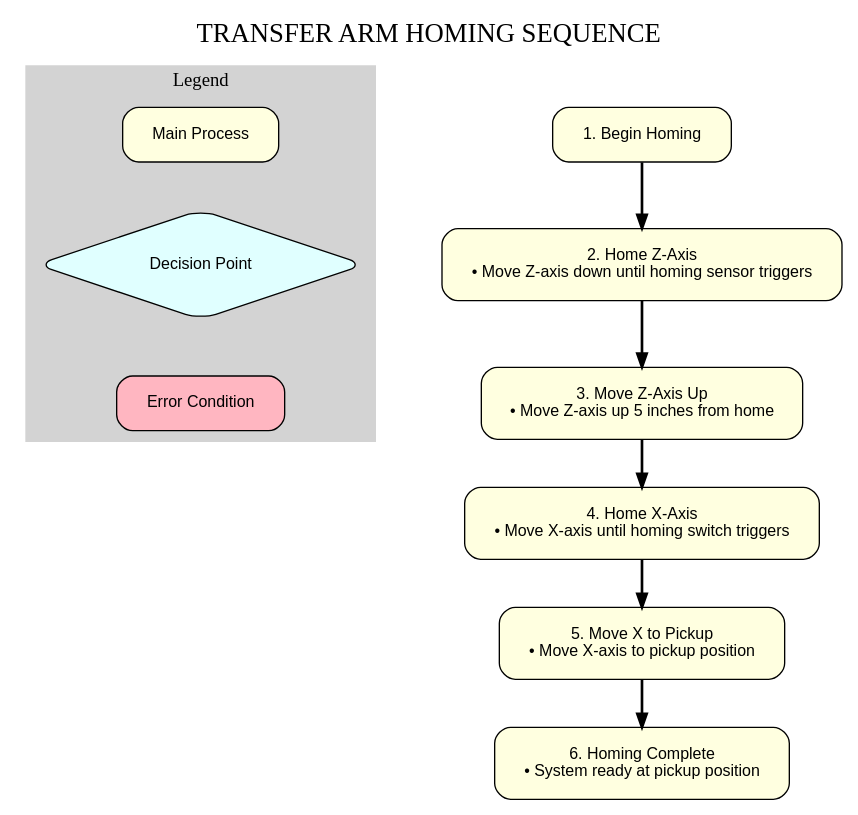
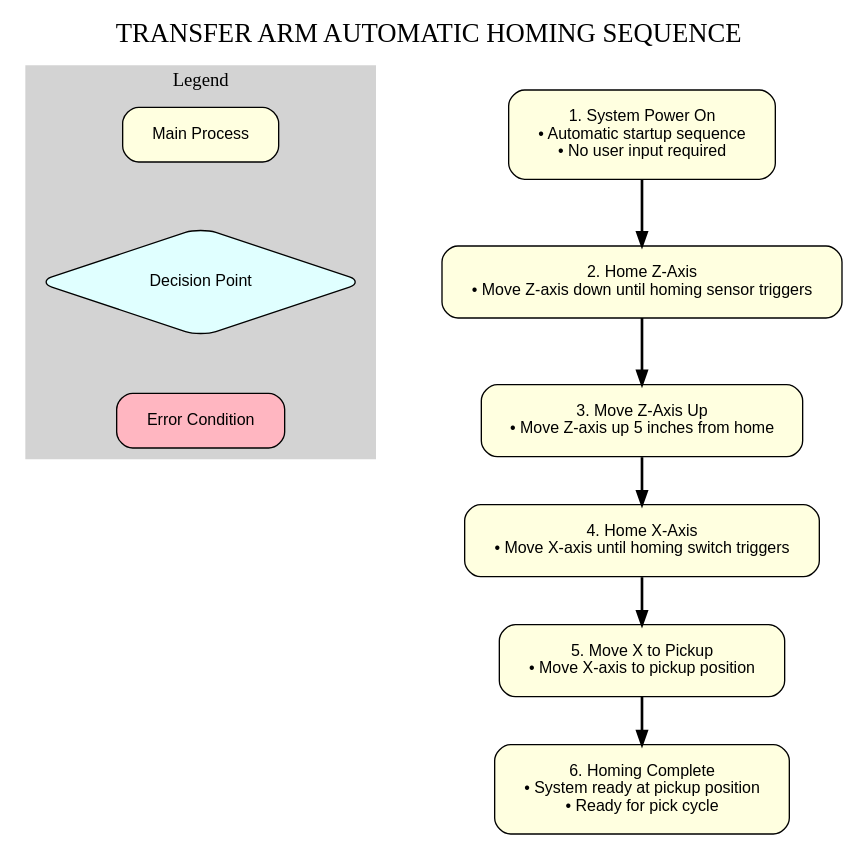
The diagram in homing_flowchart.dot (akivaweil/Transfer-Arm-TA-Mar25), drawn with Graphviz before and after one commit. The commit also changed 11 other files, not shown here.

Commit message:
Reorganized code into modular structure with separate files for constants, homing, utilities, and pick cycle

```diff
--- a/homing_flowchart.dot
+++ b/homing_flowchart.dot
@@ -1,47 +1,47 @@
 digraph "Transfer_Arm_Homing_Flow" {
     // Graph settings
     graph [fontname="Arial", ranksep=0.5, nodesep=0.8, splines=true];
     node [fontname="Arial", fontsize=12, style="filled,rounded", shape=box, margin="0.3,0.2"];
     edge [fontname="Arial", fontsize=10, penwidth=2];
     
     // Title
     labelloc="t";
-    label="TRANSFER ARM HOMING SEQUENCE";
+    label="TRANSFER ARM AUTOMATIC HOMING SEQUENCE";
     fontsize=20;
     fontname="Arial Bold";
     
     // Legend
     subgraph cluster_legend {
         label="Legend";
         style=filled;
         color=lightgrey;
         fontsize=14;
         
         legend_main [label="Main Process", fillcolor=lightyellow];
         legend_check [label="Decision Point", fillcolor=lightcyan, shape=diamond];
         legend_error [label="Error Condition", fillcolor=lightpink];
         
         legend_main -> legend_check [style=invis];
         legend_check -> legend_error [style=invis];
     }
 
     // Nodes
-    start_homing [label="1. Begin Homing", fillcolor=lightyellow];
+    power_on [label="1. System Power On\n• Automatic startup sequence\n• No user input required", fillcolor=lightyellow];
     
     home_z [label="2. Home Z-Axis\n• Move Z-axis down until homing sensor triggers", fillcolor=lightyellow];
     
     move_z_up [label="3. Move Z-Axis Up\n• Move Z-axis up 5 inches from home", fillcolor=lightyellow];
     
     home_x [label="4. Home X-Axis\n• Move X-axis until homing switch triggers", fillcolor=lightyellow];
     
     move_x_pickup [label="5. Move X to Pickup\n• Move X-axis to pickup position", fillcolor=lightyellow];
     
-    homing_complete [label="6. Homing Complete\n• System ready at pickup position", fillcolor=lightyellow];
+    homing_complete [label="6. Homing Complete\n• System ready at pickup position\n• Ready for pick cycle", fillcolor=lightyellow];
     
     // Edges
-    start_homing -> home_z;
+    power_on -> home_z;
     home_z -> move_z_up;
     move_z_up -> home_x;
     home_x -> move_x_pickup;
     move_x_pickup -> homing_complete;
 } 
```
